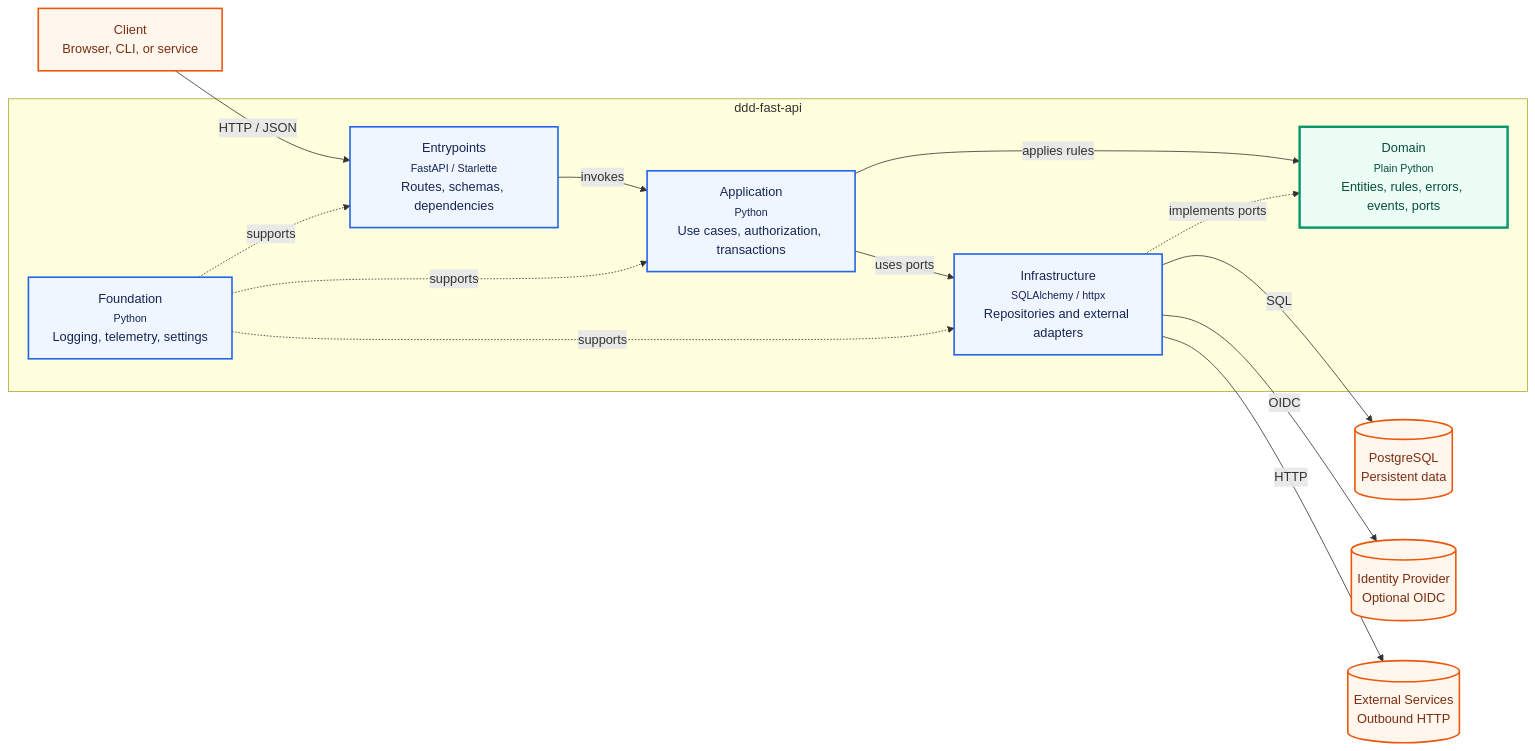
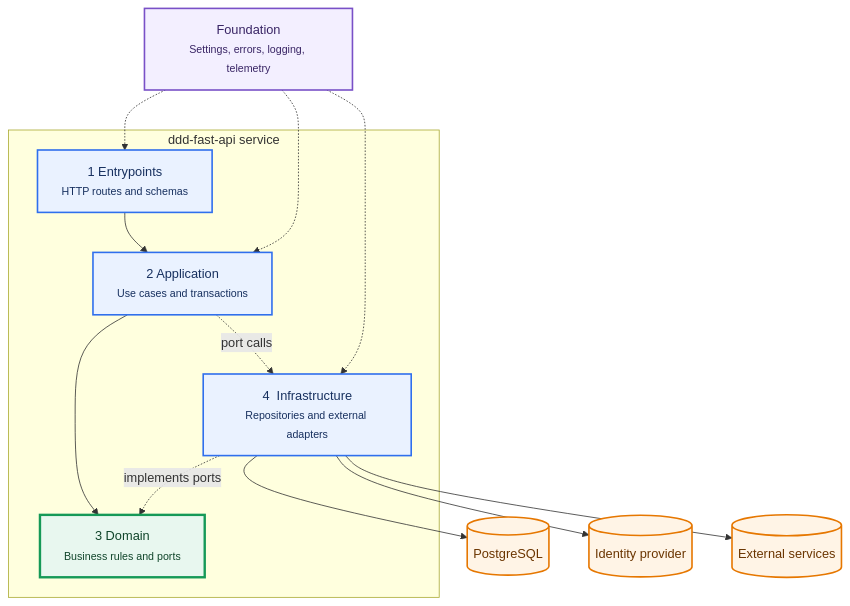
Before and after one commit to owezzy/ddd-fast-api: the diagram in docs/architecture.mmd, drawn with Mermaid. The commit also changed 8 other files, not shown here.

Commit message:
docs: add readable architecture diagrams

```diff
--- a/docs/architecture.mmd
+++ b/docs/architecture.mmd
@@ -1,33 +1,31 @@
-flowchart LR
-    client["Client<br/>Browser, CLI, or service"]
-
-    subgraph service["ddd-fast-api"]
-        entrypoints["Entrypoints<br/><small>FastAPI / Starlette</small><br/>Routes, schemas, dependencies"]
-        application["Application<br/><small>Python</small><br/>Use cases, authorization, transactions"]
-        domain["Domain<br/><small>Plain Python</small><br/>Entities, rules, errors, events, ports"]
-        infrastructure["Infrastructure<br/><small>SQLAlchemy / httpx</small><br/>Repositories and external adapters"]
-        foundation["Foundation<br/><small>Python</small><br/>Logging, telemetry, settings"]
+flowchart TB
+    subgraph service["ddd-fast-api service"]
+        entrypoints["1  Entrypoints<br/><small>HTTP routes and schemas</small>"]
+        application["2  Application<br/><small>Use cases and transactions</small>"]
+        domain["3  Domain<br/><small>Business rules and ports</small>"]
+        infrastructure["4  Infrastructure<br/><small>Repositories and external adapters</small>"]
     end
 
-    postgres[("PostgreSQL<br/>Persistent data")]
-    identity[("Identity Provider<br/>Optional OIDC")]
-    external[("External Services<br/>Outbound HTTP")]
+    foundation["Foundation<br/><small>Settings, errors, logging, telemetry</small>"]
+    postgres[("PostgreSQL")]
+    identity[("Identity provider")]
+    external[("External services")]
 
-    client -->|HTTP / JSON| entrypoints
-    entrypoints -->|invokes| application
-    application -->|applies rules| domain
-    application -->|uses ports| infrastructure
+    entrypoints --> application --> domain
+    application -.->|port calls| infrastructure
     infrastructure -.->|implements ports| domain
-    infrastructure -->|SQL| postgres
-    infrastructure -->|OIDC| identity
-    infrastructure -->|HTTP| external
-    foundation -.->|supports| entrypoints
-    foundation -.->|supports| application
-    foundation -.->|supports| infrastructure
+    infrastructure --> postgres
+    infrastructure --> identity
+    infrastructure --> external
+    foundation -.-> entrypoints
+    foundation -.-> application
+    foundation -.-> infrastructure
 
-    classDef layer fill:#eff6ff,stroke:#2563eb,color:#172554,stroke-width:2px;
-    classDef domainLayer fill:#ecfdf5,stroke:#059669,color:#064e3b,stroke-width:3px;
-    classDef external fill:#fff7ed,stroke:#ea580c,color:#7c2d12,stroke-width:2px;
-    class entrypoints,application,infrastructure,foundation layer;
+    classDef layer fill:#eaf2ff,stroke:#2f6fed,color:#17305f,stroke-width:2px;
+    classDef domainLayer fill:#e8f7ef,stroke:#159957,color:#10452a,stroke-width:3px;
+    classDef foundationLayer fill:#f3efff,stroke:#7950c7,color:#392565,stroke-width:2px;
+    classDef external fill:#fff4e6,stroke:#e67700,color:#6b3500,stroke-width:2px;
+    class entrypoints,application,infrastructure layer;
     class domain domainLayer;
-    class client,postgres,identity,external external;
+    class foundation foundationLayer;
+    class postgres,identity,external external;
```
